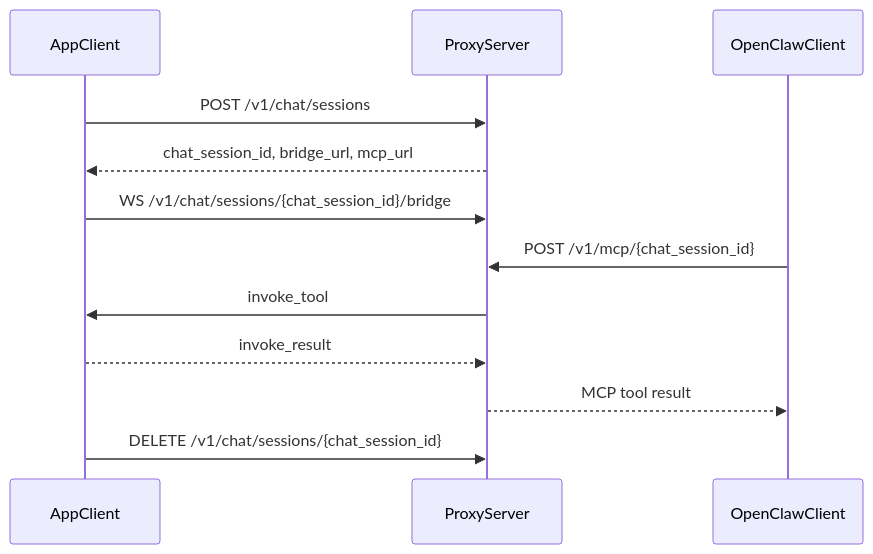
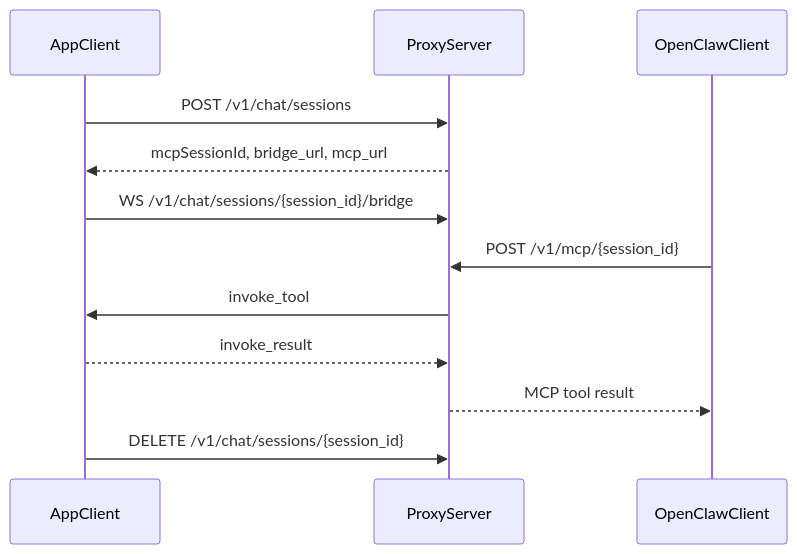
The diagram in README.md (wenyue/openclaw_mcp_proxy), drawn with Mermaid before and after one commit. The commit also changed other lines of this file and 8 other files, not shown here.

````diff
--- a/README.md
+++ b/README.md
@@ -12,15 +12,15 @@
 ```mermaid
 sequenceDiagram
     participant AppClient
     participant ProxyServer
     participant OpenClawClient
 
     AppClient->>ProxyServer: POST /v1/chat/sessions
-    ProxyServer-->>AppClient: chat_session_id, bridge_url, mcp_url
-    AppClient->>ProxyServer: WS /v1/chat/sessions/{chat_session_id}/bridge
-    OpenClawClient->>ProxyServer: POST /v1/mcp/{chat_session_id}
+    ProxyServer-->>AppClient: mcpSessionId, bridge_url, mcp_url
+    AppClient->>ProxyServer: WS /v1/chat/sessions/{session_id}/bridge
+    OpenClawClient->>ProxyServer: POST /v1/mcp/{session_id}
     ProxyServer->>AppClient: invoke_tool
     AppClient-->>ProxyServer: invoke_result
     ProxyServer-->>OpenClawClient: MCP tool result
-    AppClient->>ProxyServer: DELETE /v1/chat/sessions/{chat_session_id}
+    AppClient->>ProxyServer: DELETE /v1/chat/sessions/{session_id}
 ```
````
